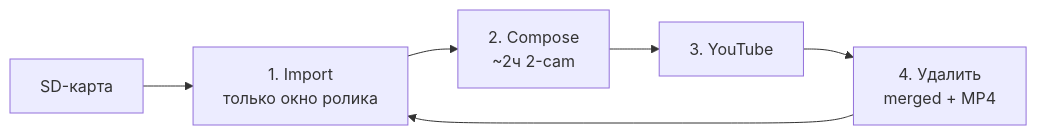
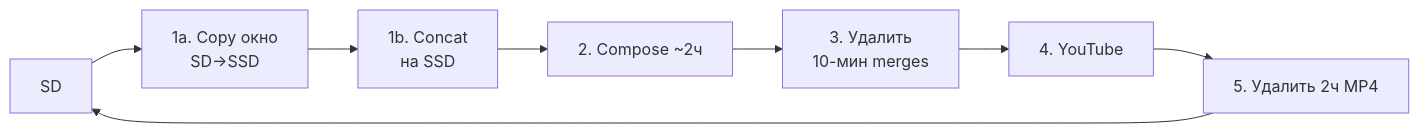
The diagram in README.md (cuthbertnogood/70mai-project), drawn with Mermaid before and after one commit. The commit also changed other lines of this file and 2 other files, not shown here.

````diff
--- a/README.md
+++ b/README.md
@@ -11,8 +11,10 @@
 ```mermaid
 flowchart LR
-  SD["SD-карта"] --> IMP["1. Import<br/>только окно ролика"]
-  IMP --> COMP["2. Compose<br/>~2ч 2-cam"]
-  COMP --> YT["3. YouTube"]
-  YT --> DEL["4. Удалить<br/>merged + MP4"]
-  DEL --> IMP
+  SD["SD"] --> COPY["1a. Copy окно<br/>SD→SSD"]
+  COPY --> MERGE["1b. Concat<br/>на SSD"]
+  MERGE --> COMP["2. Compose ~2ч"]
+  COMP --> PRUNE["3. Удалить<br/>10-мин merges"]
+  PRUNE --> YT["4. YouTube"]
+  YT --> DEL["5. Удалить 2ч MP4"]
+  DEL --> SD
 ```
````
